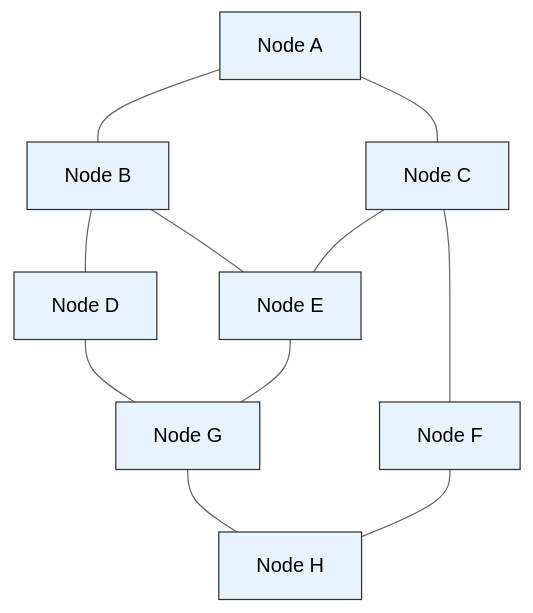
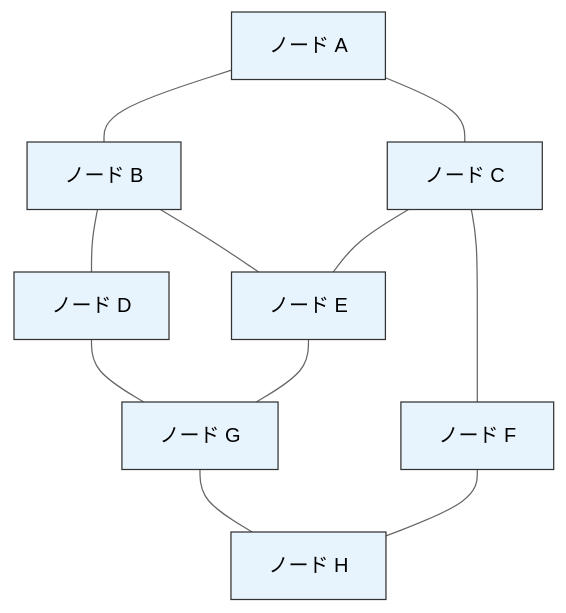
Before and after one commit to cypher256/BitcoinArchive: the first of 5 diagrams in src/data/translations/ja/design/2009-01-03-bitcoin-p2p-network-design.md, drawn with Mermaid (neutral theme). The commit also changed other lines of this file and 11 other files, not shown here.

````diff
--- a/src/data/translations/ja/design/2009-01-03-bitcoin-p2p-network-design.md
+++ b/src/data/translations/ja/design/2009-01-03-bitcoin-p2p-network-design.md
@@ -48,22 +48,22 @@
 ```mermaid
 graph TD
-    A["Node A"] --- B["Node B"]
-    A --- C["Node C"]
-    B --- D["Node D"]
-    B --- E["Node E"]
+    A["ノード A"] --- B["ノード B"]
+    A --- C["ノード C"]
+    B --- D["ノード D"]
+    B --- E["ノード E"]
     C --- E
-    C --- F["Node F"]
-    D --- G["Node G"]
+    C --- F["ノード F"]
+    D --- G["ノード G"]
     E --- G
-    F --- H["Node H"]
+    F --- H["ノード H"]
     G --- H
 
     style A fill:#e8f4fd,stroke:#333
     style B fill:#e8f4fd,stroke:#333
     style C fill:#e8f4fd,stroke:#333
     style D fill:#e8f4fd,stroke:#333
     style E fill:#e8f4fd,stroke:#333
     style F fill:#e8f4fd,stroke:#333
     style G fill:#e8f4fd,stroke:#333
     style H fill:#e8f4fd,stroke:#333
 ```
````
